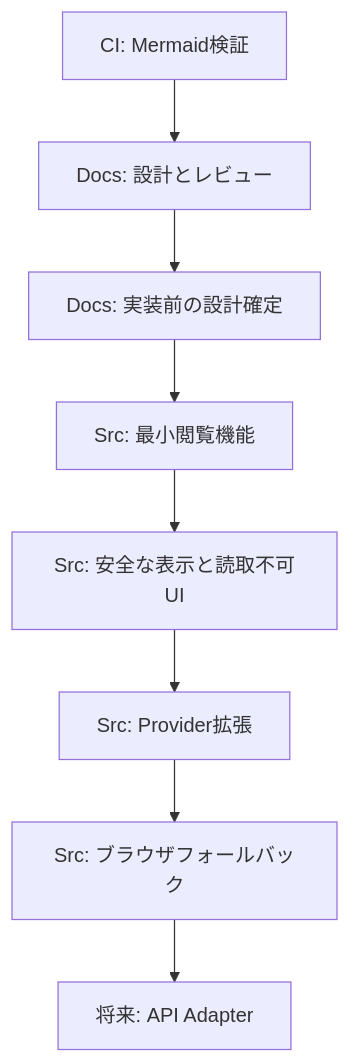
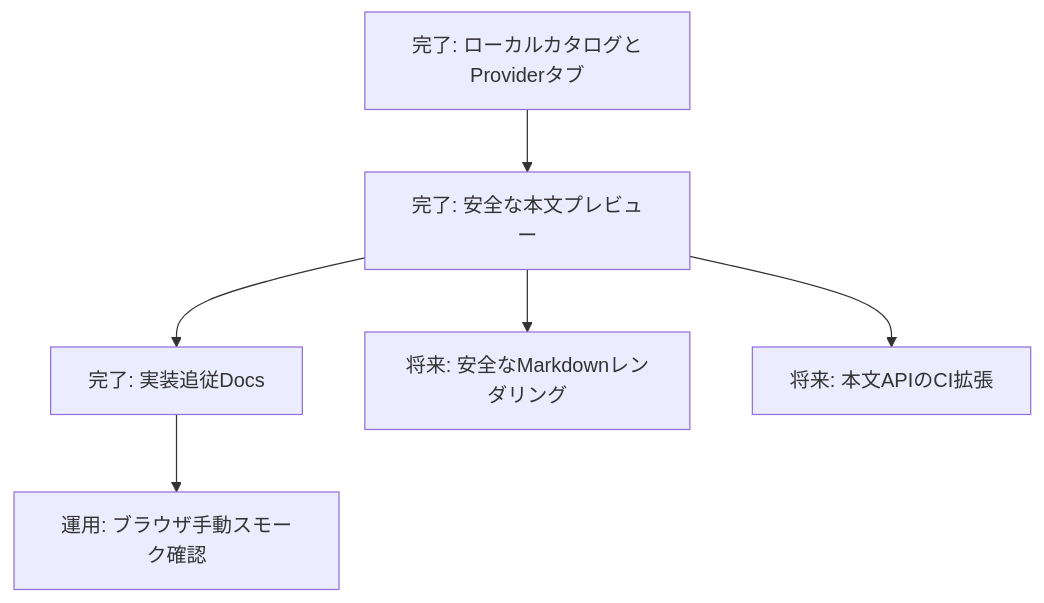
The diagram in docs/features/ACV-PM-001_実装タスクフロー.md (xzyozi/agent-config-viewer), drawn with Mermaid before and after one commit. The commit also changed other lines of this file and 2 other files, not shown here.

````diff
--- a/docs/features/ACV-PM-001_実装タスクフロー.md
+++ b/docs/features/ACV-PM-001_実装タスクフロー.md
@@ -52,10 +43,8 @@
 ```mermaid
 flowchart TD
-    DocsBase[Docs: 設計とレビュー] --> DesignClose[Docs: 実装前の設計確定]
-    MermaidCi[CI: Mermaid検証] --> DocsBase
-    DesignClose --> SrcCore[Src: 最小閲覧機能]
-    SrcCore --> SrcSafety[Src: 安全な表示と読取不可UI]
-    SrcSafety --> SrcProviders[Src: Provider拡張]
-    SrcProviders --> SrcFallback[Src: ブラウザフォールバック]
-    SrcFallback --> FutureApi[将来: API Adapter]
+    Core[完了: ローカルカタログとProviderタブ] --> Preview[完了: 安全な本文プレビュー]
+    Preview --> Docs[完了: 実装追従Docs]
+    Preview --> Markdown[将来: 安全なMarkdownレンダリング]
+    Preview --> EndpointCi[将来: 本文APIのCI拡張]
+    Docs --> Manual[運用: ブラウザ手動スモーク確認]
 ```
````
